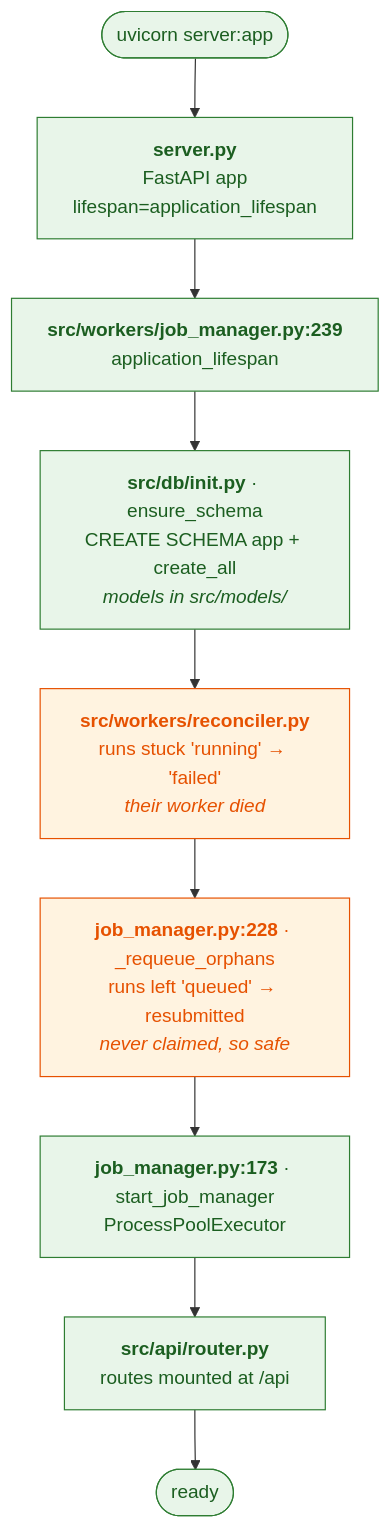
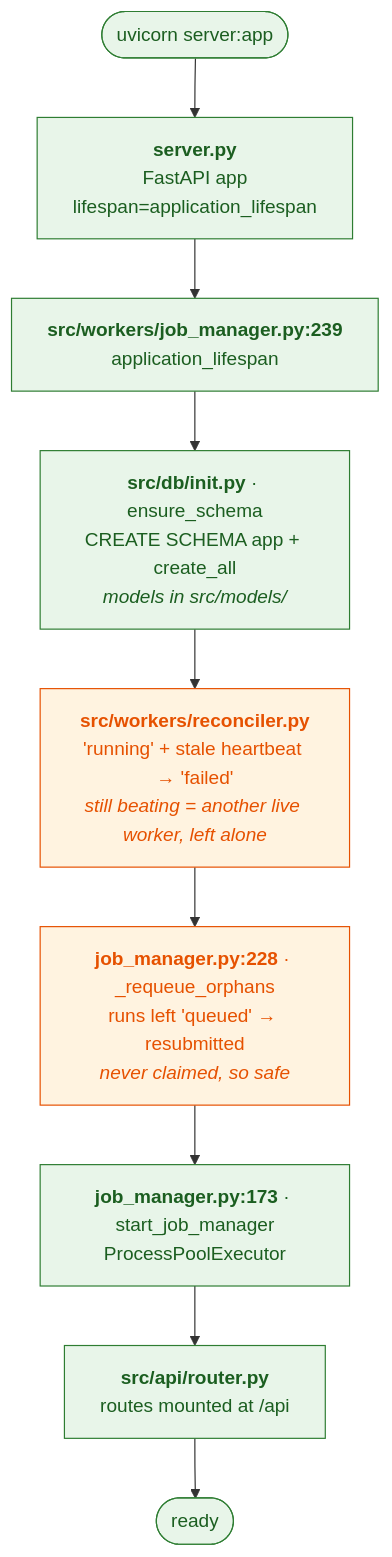
The second of 7 diagrams in docs/ARCHITECTURE_FLOW.md (MUNQuantSociety/mqs-backtest-visualizer), drawn with Mermaid before and after one commit. The commit also changed other lines of this file and 8 other files, not shown here.

````diff
--- a/docs/ARCHITECTURE_FLOW.md
+++ b/docs/ARCHITECTURE_FLOW.md
@@ -81,17 +81,17 @@
 ```mermaid
 flowchart TD
     START(["uvicorn server:app"]) --> SERVER["<b>server.py</b><br/>FastAPI app<br/>lifespan=application_lifespan"]
     SERVER --> LIFE["<b>src/workers/job_manager.py:239</b><br/>application_lifespan"]
 
     LIFE --> SCHEMA["<b>src/db/init.py</b> · ensure_schema<br/>CREATE SCHEMA app + create_all<br/><i>models in src/models/</i>"]
-    SCHEMA --> RECON["<b>src/workers/reconciler.py</b><br/>runs stuck 'running' → 'failed'<br/><i>their worker died</i>"]
+    SCHEMA --> RECON["<b>src/workers/reconciler.py</b><br/>'running' + stale heartbeat → 'failed'<br/><i>still beating = another live worker, left alone</i>"]
     RECON --> REQUEUE["<b>job_manager.py:228</b> · _requeue_orphans<br/>runs left 'queued' → resubmitted<br/><i>never claimed, so safe</i>"]
     REQUEUE --> POOL["<b>job_manager.py:173</b> · start_job_manager<br/>ProcessPoolExecutor"]
     POOL --> ROUTER["<b>src/api/router.py</b><br/>routes mounted at /api"]
     ROUTER --> READY(["ready"])
 
     classDef boot fill:#e8f5e9,stroke:#2e7d32,color:#1b5e20
     classDef fix fill:#fff3e0,stroke:#e65100,color:#e65100
     class START,SERVER,LIFE,SCHEMA,POOL,ROUTER,READY boot
     class RECON,REQUEUE fix
 ```
````
